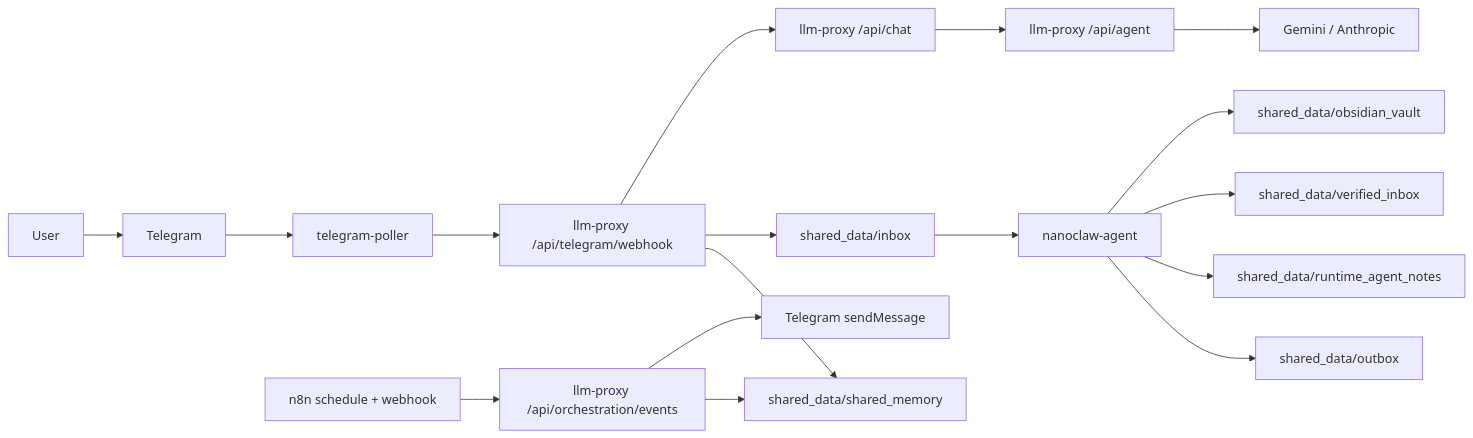
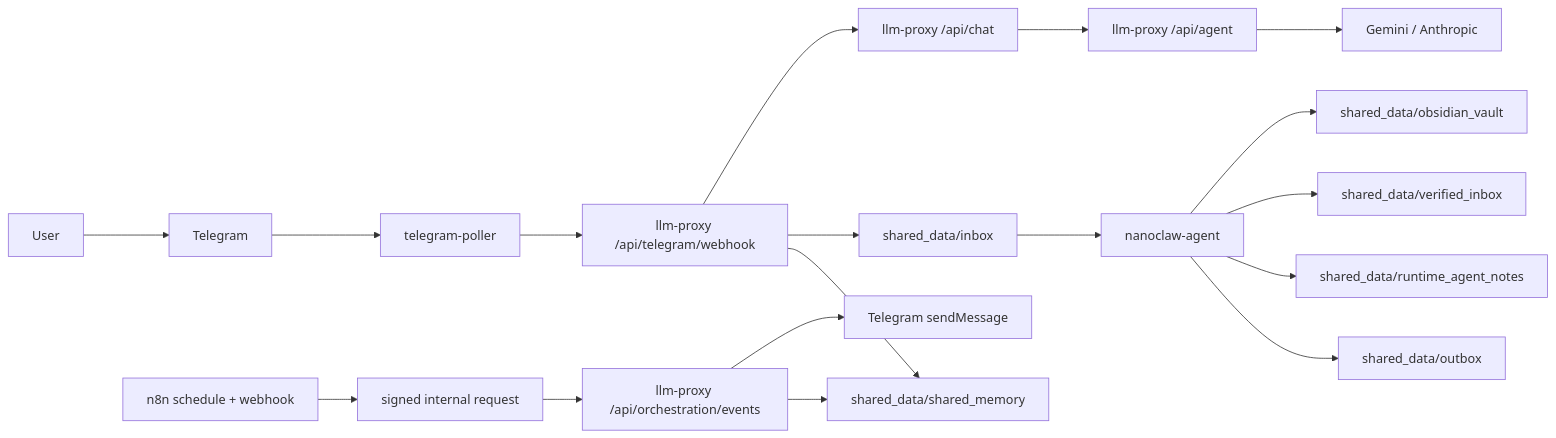
The diagram in README.md (Merchantlee99/Personal-AI-agent-v2), drawn with Mermaid before and after one commit. The commit also changed other lines of this file and 28 other files, not shown here.

````diff
--- a/README.md
+++ b/README.md
@@ -14,20 +15,21 @@
 ```mermaid
 flowchart LR
   U["User"] --> TG["Telegram"]
   TG --> TP["telegram-poller"]
   TP --> TGC["llm-proxy /api/telegram/webhook"]
   TGC --> CHAT["llm-proxy /api/chat"]
   CHAT --> PX["llm-proxy /api/agent"]
   PX --> LLM["Gemini / Anthropic"]
 
-  N8N["n8n schedule + webhook"] --> ORCH["llm-proxy /api/orchestration/events"]
+  N8N["n8n schedule + webhook"] --> SIGN["signed internal request"]
+  SIGN --> ORCH["llm-proxy /api/orchestration/events"]
   ORCH --> TGAPI["Telegram sendMessage"]
   TGC --> INBOX["shared_data/inbox"]
   INBOX --> AG["nanoclaw-agent"]
   AG --> VAULT["shared_data/obsidian_vault"]
   AG --> VERIFIED["shared_data/verified_inbox"]
   AG --> RUNTIME["shared_data/runtime_agent_notes"]
   AG --> OUTBOX["shared_data/outbox"]
   ORCH --> MEM["shared_data/shared_memory"]
   TGC --> MEM
 ```
````
